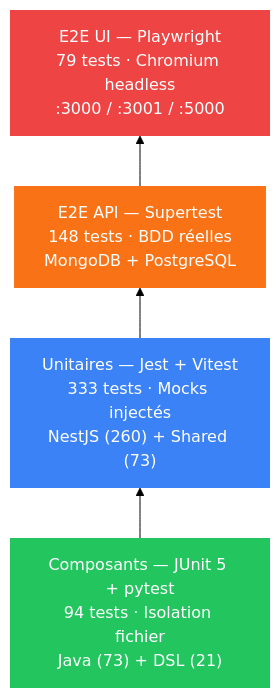
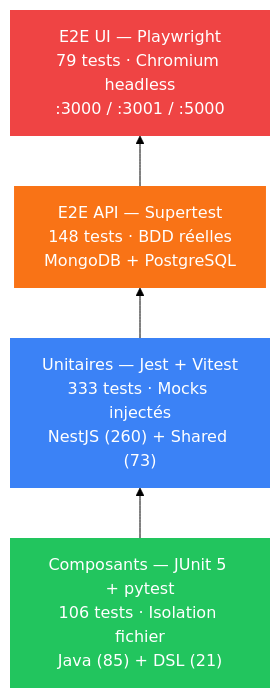
The first of 2 diagrams in docs/TEST.md (creibaud/QuartierConnect), drawn with Mermaid (forest theme) before and after one commit. The commit also changed other lines of this file and 9 other files, not shown here.

````diff
--- a/docs/TEST.md
+++ b/docs/TEST.md
@@ -52,19 +52,19 @@
 ```mermaid
 flowchart BT
     classDef e2eui fill:#ef4444,color:#fff,stroke:none
     classDef e2eapi fill:#f97316,color:#fff,stroke:none
     classDef unit fill:#3b82f6,color:#fff,stroke:none
     classDef comp fill:#22c55e,color:#fff,stroke:none
 
     E2EUI["E2E UI — Playwright<br/>79 tests · Chromium headless<br/>:3000 / :3001 / :5000"]
     E2EAPI["E2E API — Supertest<br/>148 tests · BDD réelles<br/>MongoDB + PostgreSQL"]
     UNIT["Unitaires — Jest + Vitest<br/>333 tests · Mocks injectés<br/>NestJS (260) + Shared (73)"]
-    COMP["Composants — JUnit 5 + pytest<br/>94 tests · Isolation fichier<br/>Java (73) + DSL (21)"]
+    COMP["Composants — JUnit 5 + pytest<br/>106 tests · Isolation fichier<br/>Java (85) + DSL (21)"]
 
     COMP --> UNIT --> E2EAPI --> E2EUI
 
     class E2EUI e2eui
     class E2EAPI e2eapi
     class UNIT unit
     class COMP comp
 ```
````
